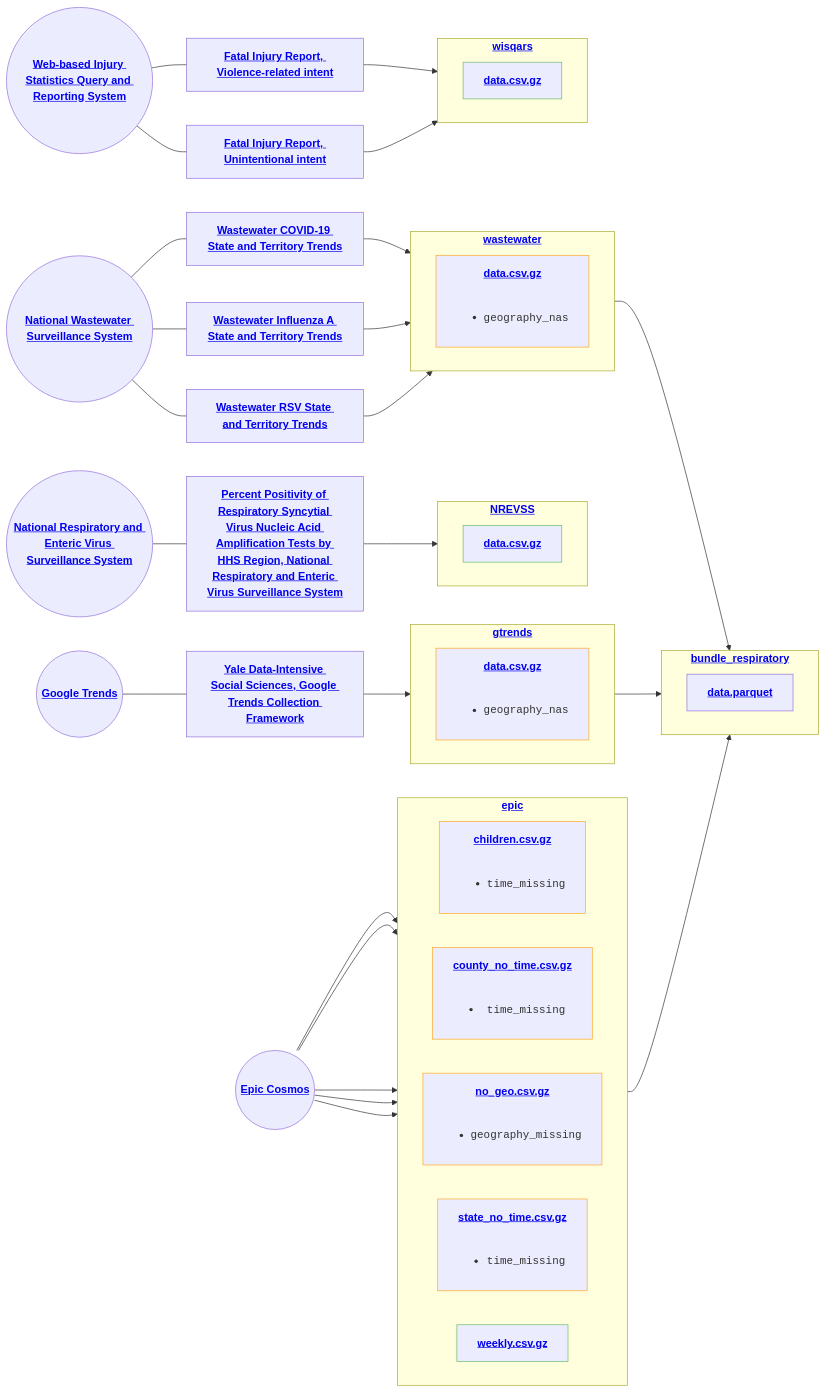
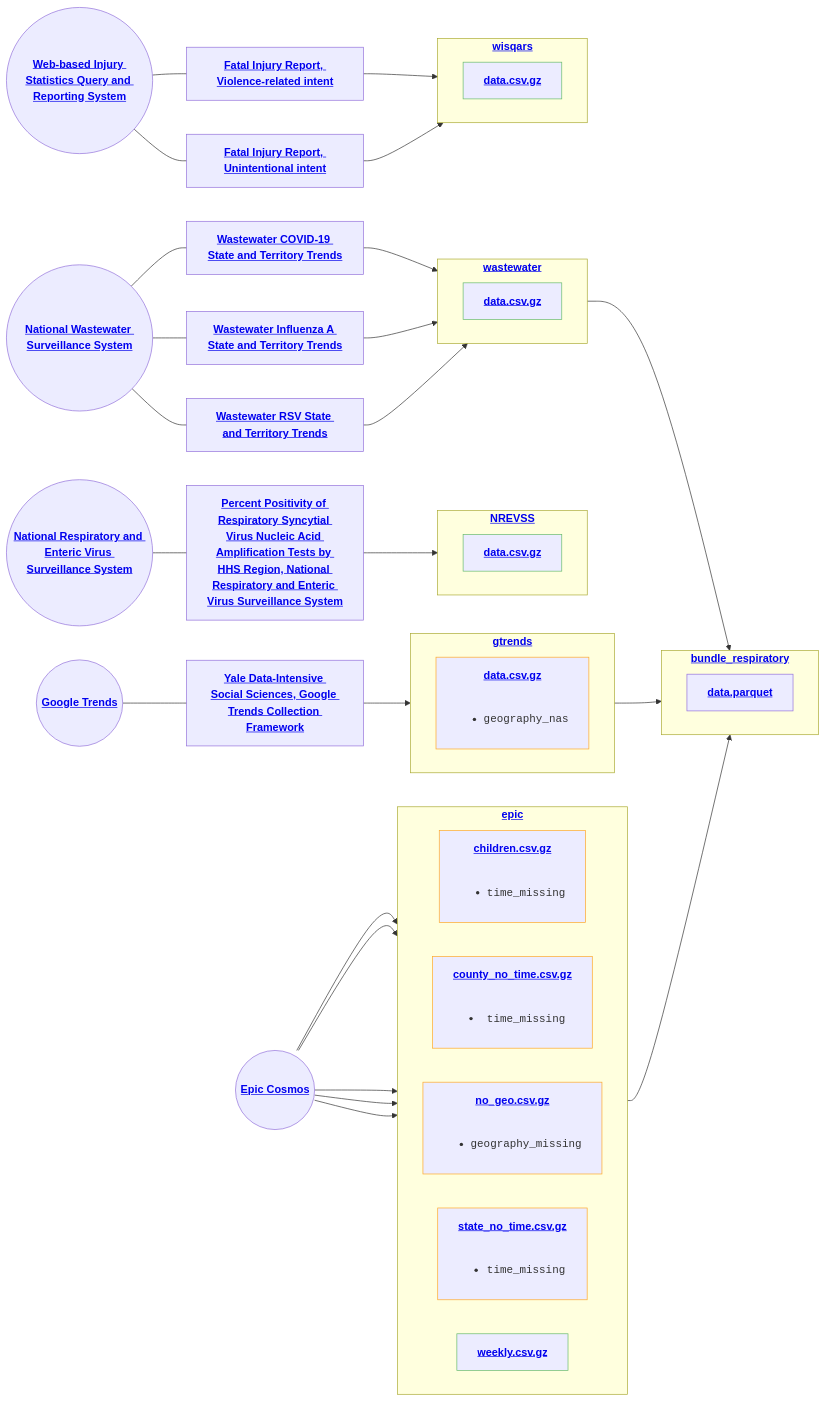
The diagram in status.md (DISSC-yale/pophive_demo), drawn with Mermaid before and after one commit. The commit also changed 19 other files, not shown here.

````diff
--- a/status.md
+++ b/status.md
@@ -1,61 +1,61 @@
 ```mermaid
 flowchart LR
     classDef pass stroke:#66bb6a
     classDef warn stroke:#ffa726
     classDef fail stroke:#f44336
     s0(("<strong><a href="https://cosmos.epic.com" target="_blank" rel="noreferrer">Epic Cosmos</a></strong>"))
     s1(("<strong><a href="https://trends.google.com" target="_blank" rel="noreferrer">Google Trends</a></strong>"))
     s3(("<strong><a href="https://www.cdc.gov/nrevss" target="_blank" rel="noreferrer">National Respiratory and Enteric Virus Surveillance System</a></strong>"))
     s5(("<strong><a href="https://www.cdc.gov/nwss" target="_blank" rel="noreferrer">National Wastewater Surveillance System</a></strong>"))
     s9(("<strong><a href="https://wisqars.cdc.gov/" target="_blank" rel="noreferrer">Web-based Injury Statistics Query and Reporting System</a></strong>"))
     subgraph epic["`<strong><a href="https://github.com/dissc-yale/pophive_demo/tree/main/data/epic" target="_blank" rel="noreferrer">epic</a></strong>`"]
         direction LR
         n1["`<strong><a href="https://github.com/dissc-yale/pophive_demo/blob/main/data/epic/standard/children.csv.gz" target="_blank" rel="noreferrer">children.csv.gz</a></strong><br/><br/><ul><li><code>time_missing</code></li></ul>`"]:::warn
         n2["`<strong><a href="https://github.com/dissc-yale/pophive_demo/blob/main/data/epic/standard/county_no_time.csv.gz" target="_blank" rel="noreferrer">county_no_time.csv.gz</a></strong><br/><br/><ul><li><code>time_missing</code></li></ul>`"]:::warn
         n3["`<strong><a href="https://github.com/dissc-yale/pophive_demo/blob/main/data/epic/standard/no_geo.csv.gz" target="_blank" rel="noreferrer">no_geo.csv.gz</a></strong><br/><br/><ul><li><code>geography_missing</code></li></ul>`"]:::warn
         n4["`<strong><a href="https://github.com/dissc-yale/pophive_demo/blob/main/data/epic/standard/state_no_time.csv.gz" target="_blank" rel="noreferrer">state_no_time.csv.gz</a></strong><br/><br/><ul><li><code>time_missing</code></li></ul>`"]:::warn
         n5["`<strong><a href="https://github.com/dissc-yale/pophive_demo/blob/main/data/epic/standard/weekly.csv.gz" target="_blank" rel="noreferrer">weekly.csv.gz</a></strong>`"]:::pass
     end
     subgraph gtrends["`<strong><a href="https://github.com/dissc-yale/pophive_demo/tree/main/data/gtrends" target="_blank" rel="noreferrer">gtrends</a></strong>`"]
         direction LR
         n6["`<strong><a href="https://github.com/dissc-yale/pophive_demo/blob/main/data/gtrends/standard/data.csv.gz" target="_blank" rel="noreferrer">data.csv.gz</a></strong><br/><br/><ul><li><code>geography_nas</code></li></ul>`"]:::warn
     end
     subgraph NREVSS["`<strong><a href="https://github.com/dissc-yale/pophive_demo/tree/main/data/NREVSS" target="_blank" rel="noreferrer">NREVSS</a></strong>`"]
         direction LR
         n7["`<strong><a href="https://github.com/dissc-yale/pophive_demo/blob/main/data/NREVSS/standard/data.csv.gz" target="_blank" rel="noreferrer">data.csv.gz</a></strong>`"]:::pass
     end
     subgraph wastewater["`<strong><a href="https://github.com/dissc-yale/pophive_demo/tree/main/data/wastewater" target="_blank" rel="noreferrer">wastewater</a></strong>`"]
         direction LR
-        n8["`<strong><a href="https://github.com/dissc-yale/pophive_demo/blob/main/data/wastewater/standard/data.csv.gz" target="_blank" rel="noreferrer">data.csv.gz</a></strong><br/><br/><ul><li><code>geography_nas</code></li></ul>`"]:::warn
+        n8["`<strong><a href="https://github.com/dissc-yale/pophive_demo/blob/main/data/wastewater/standard/data.csv.gz" target="_blank" rel="noreferrer">data.csv.gz</a></strong>`"]:::pass
     end
     subgraph wisqars["`<strong><a href="https://github.com/dissc-yale/pophive_demo/tree/main/data/wisqars" target="_blank" rel="noreferrer">wisqars</a></strong>`"]
         direction LR
         n9["`<strong><a href="https://github.com/dissc-yale/pophive_demo/blob/main/data/wisqars/standard/data.csv.gz" target="_blank" rel="noreferrer">data.csv.gz</a></strong>`"]:::pass
     end
     subgraph bundle_respiratory["`<strong><a href="https://github.com/dissc-yale/pophive_demo/tree/main/data/bundle_respiratory" target="_blank" rel="noreferrer">bundle_respiratory</a></strong>`"]
         direction LR
         n10["`<strong><a href="https://github.com/dissc-yale/pophive_demo/blob/main/data/bundle_respiratory/dist/data.parquet" target="_blank" rel="noreferrer">data.parquet</a></strong>`"]
     end
     s0 --> n1
     s0 --> n2
     s0 --> n3
     s0 --> n4
     s0 --> n5
     s1---s2["<strong><a href="https://github.com/DISSC-yale/gtrends_collection" target="_blank" rel="noreferrer">Yale Data-Intensive Social Sciences, Google Trends Collection Framework</a></strong>"]
     s2 --> n6
     s3---s4["<strong><a href="https://data.cdc.gov/resource/3cxc-4k8q" target="_blank" rel="noreferrer">Percent Positivity of Respiratory Syncytial Virus Nucleic Acid Amplification Tests by HHS Region, National Respiratory and Enteric Virus Surveillance System</a></strong>"]
     s4 --> n7
     s5---s6["<strong><a href="https://www.cdc.gov/nwss/rv/COVID19-statetrend.html" target="_blank" rel="noreferrer">Wastewater COVID-19 State and Territory Trends</a></strong>"]
     s6 --> n8
     s5---s7["<strong><a href="https://www.cdc.gov/nwss/rv/InfluenzaA-statetrend.html" target="_blank" rel="noreferrer">Wastewater Influenza A State and Territory Trends</a></strong>"]
     s7 --> n8
     s5---s8["<strong><a href="https://www.cdc.gov/nwss/rv/RSV-statetrend.html" target="_blank" rel="noreferrer">Wastewater RSV State and Territory Trends</a></strong>"]
     s8 --> n8
     s9---s10["<strong><a href="https://wisqars.cdc.gov/reports/?o=MORT&i=8&m=20810&s=0&r=0&ry=2&y1=2018&y2=2023&a=ALL&g1=0&g2=199&a1=0&a2=199&r1=MECH&r2=AGEGP&r3=STATE&r4=YEAR&r5=NONE&r6=NONE&g=00&e=0&yp=65&me=0&t=0" target="_blank" rel="noreferrer">Fatal Injury Report, Violence-related intent</a></strong>"]
     s10 --> n9
     s9---s11["<strong><a href="https://wisqars.cdc.gov/reports/?o=MORT&i=1&m=20810&s=0&r=0&ry=2&y1=2018&y2=2023&a=ALL&g1=0&g2=199&a1=0&a2=199&r1=MECH&r2=AGEGP&r3=STATE&r4=YEAR&r5=NONE&r6=NONE&g=00&e=0&yp=65&me=0&t=0" target="_blank" rel="noreferrer">Fatal Injury Report, Unintentional intent</a></strong>"]
     s11 --> n9
     n5 --> bundle_respiratory
     n6 --> bundle_respiratory
     n8 --> bundle_respiratory
 ```
````
